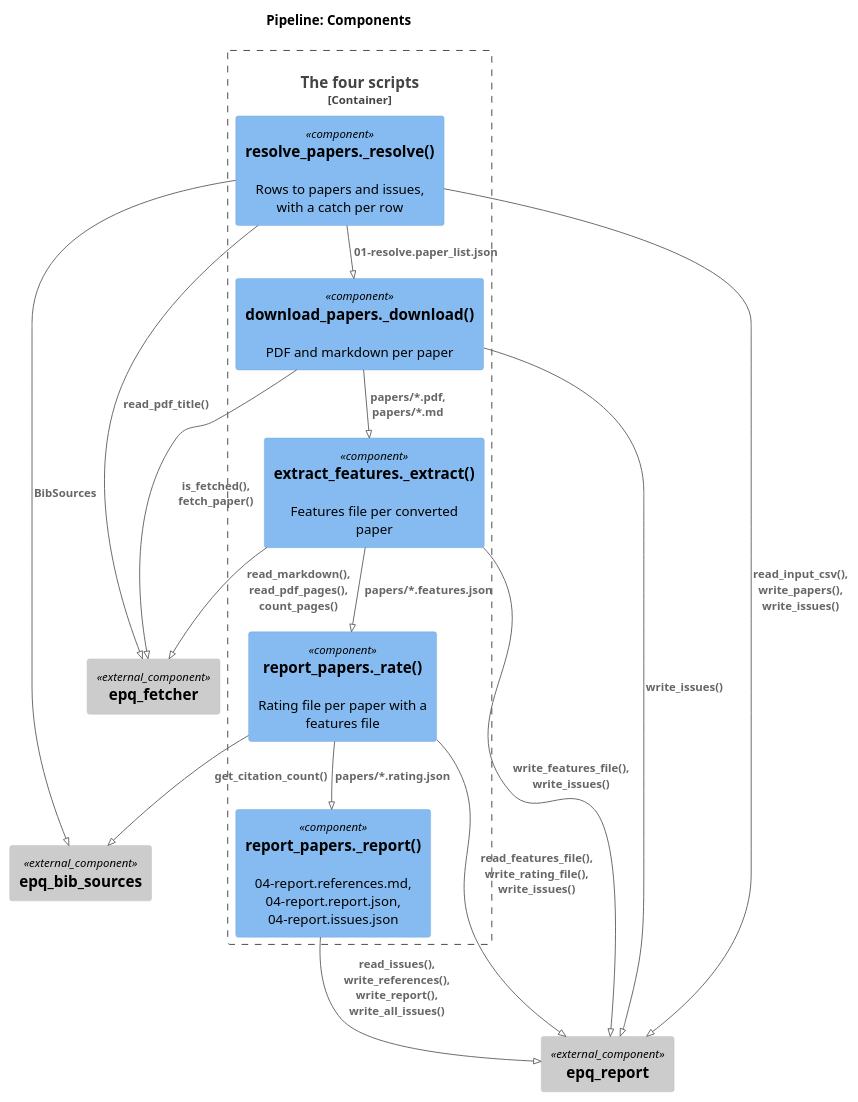
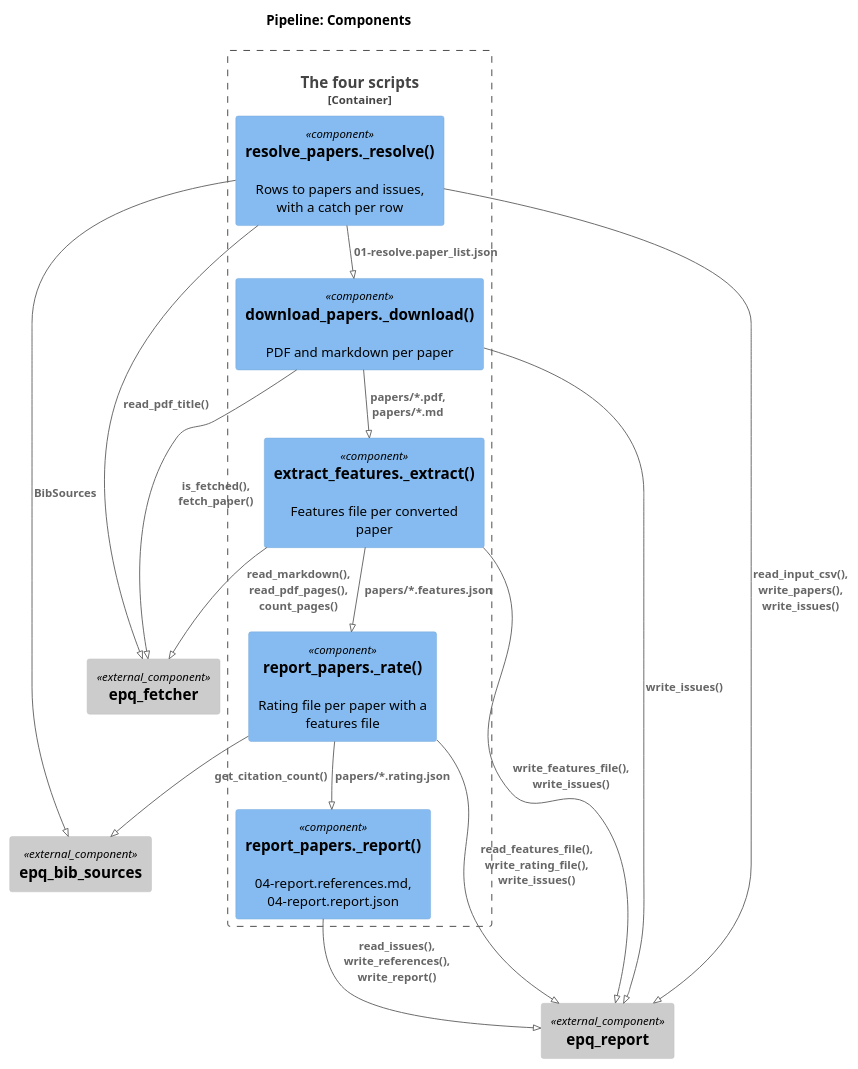
The diagram in research/Estimate_academic_paper_quality/docs/02.1-design.pipeline.md (gpsaggese/gpsaggese.github.io), drawn with PlantUML before and after one commit. The commit also changed other lines of this file and 21 other files, not shown here.

````diff
--- a/research/Estimate_academic_paper_quality/docs/02.1-design.pipeline.md
+++ b/research/Estimate_academic_paper_quality/docs/02.1-design.pipeline.md
@@ -40,30 +40,30 @@
 ```plantuml
 !pragma layout smetana
 !include <C4/C4_Component>
 LAYOUT_TOP_DOWN()
 title Pipeline: Components
 Container_Boundary(p, "The four scripts") {
   Component(res, "resolve_papers._resolve()", "", "Rows to papers and issues, with a catch per row")
   Component(dl, "download_papers._download()", "", "PDF and markdown per paper")
   Component(ex, "extract_features._extract()", "", "Features file per converted paper")
   Component(rate, "report_papers._rate()", "", "Rating file per paper with a features file")
-  Component(rep, "report_papers._report()", "", "04-report.references.md, 04-report.report.json, 04-report.issues.json")
+  Component(rep, "report_papers._report()", "", "04-report.references.md, 04-report.report.json")
 }
 Component_Ext(fetcher, "epq_fetcher", "", "")
 Component_Ext(report, "epq_report", "", "")
 Component_Ext(bib, "epq_bib_sources", "", "")
 Rel(res, dl, "01-resolve.paper_list.json")
 Rel(dl, ex, "papers/*.pdf, papers/*.md")
 Rel(ex, rate, "papers/*.features.json")
 Rel(rate, rep, "papers/*.rating.json")
 Rel(res, fetcher, "read_pdf_title()")
 Rel(res, bib, "BibSources")
 Rel(dl, fetcher, "is_fetched(), fetch_paper()")
 Rel(ex, fetcher, "read_markdown(), read_pdf_pages(), count_pages()")
 Rel(rate, bib, "get_citation_count()")
 Rel(res, report, "read_input_csv(), write_papers(), write_issues()")
 Rel(dl, report, "write_issues()")
 Rel(ex, report, "write_features_file(), write_issues()")
 Rel(rate, report, "read_features_file(), write_rating_file(), write_issues()")
-Rel(rep, report, "read_issues(), write_references(), write_report(), write_all_issues()")
+Rel(rep, report, "read_issues(), write_references(), write_report()")
 ```
````
